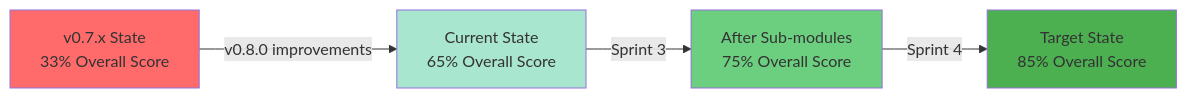
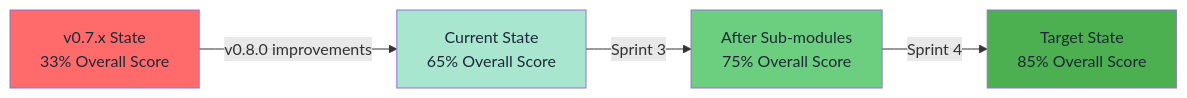
The third of 3 diagrams in api/media/JSDOC_COVERAGE_VISUALIZATION.md (Hack23/European-Parliament-MCP-Server), drawn with Mermaid before and after one commit. The commit also changed other lines of this file and 1837 other files, not shown here.

````diff
--- a/api/media/JSDOC_COVERAGE_VISUALIZATION.md
+++ b/api/media/JSDOC_COVERAGE_VISUALIZATION.md
@@ -276,11 +284,15 @@
 ```mermaid
 graph LR
     A[v0.7.x State<br/>33% Overall Score] -->|v0.8.0 improvements| B[Current State<br/>65% Overall Score]
     B -->|Sprint 3| C[After Sub-modules<br/>75% Overall Score]
     C -->|Sprint 4| D[Target State<br/>85% Overall Score]
 
-    style A fill:#FF6B6B
-    style B fill:#A8E6CF
-    style C fill:#6BCF7F
-    style D fill:#4CAF50
+    style A fill:#FF6B6B,color:#1f2937
+
+    style B fill:#A8E6CF,color:#1f2937
+
+    style C fill:#6BCF7F,color:#1f2937
+
+    style D fill:#4CAF50,color:#1f2937
+
 ```
````
